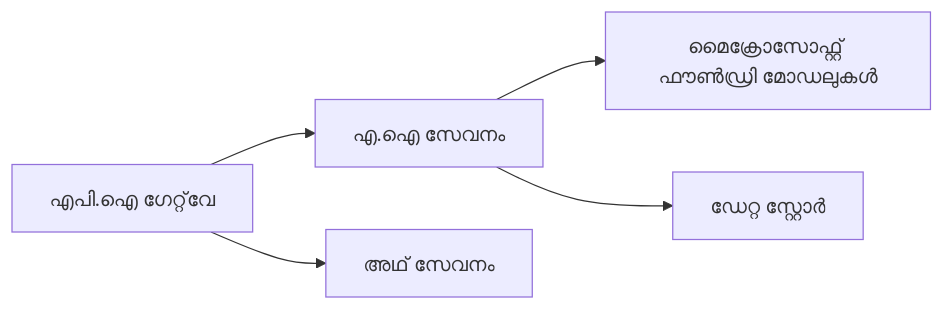
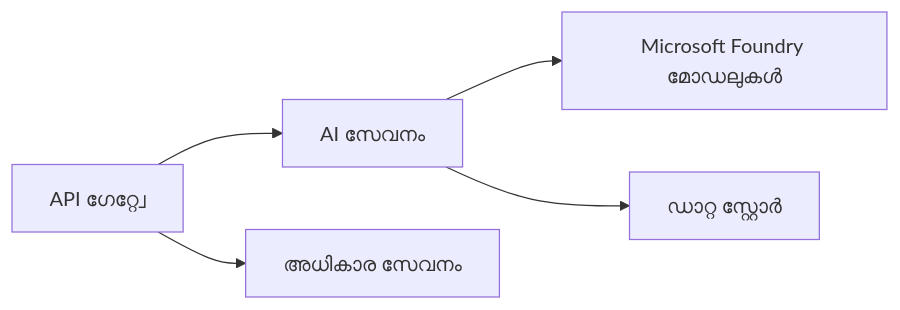
The first of 2 diagrams in translations/ml/docs/chapter-08-production/README.md (microsoft/AZD-for-beginners), drawn with Mermaid before and after one commit. The commit also changed other lines of this file and 101 other files, not shown here.

````diff
--- a/translations/ml/docs/chapter-08-production/README.md
+++ b/translations/ml/docs/chapter-08-production/README.md
@@ -46,6 +48,6 @@
 ```mermaid
 graph LR
-    Gateway[എപി.ഐ ഗേറ്റ്‌വേ] --> AI[എ.ഐ സേവനം] --> Models[മൈക്രോസോഫ്റ്റ് ഫൗൺഡ്രി മോഡലുകൾ]
-    Gateway --> Auth[അഥ് സേവനം]
-    AI --> Data[ഡേറ്റ സ്റ്റോർ]
+    Gateway[API ഗേറ്റ്വേ] --> AI[AI സേവനം] --> Models[Microsoft Foundry മോഡലുകൾ]
+    Gateway --> Auth[അധികാര സേവനം]
+    AI --> Data[ഡാറ്റ സ്റ്റോർ]
 ```
````
